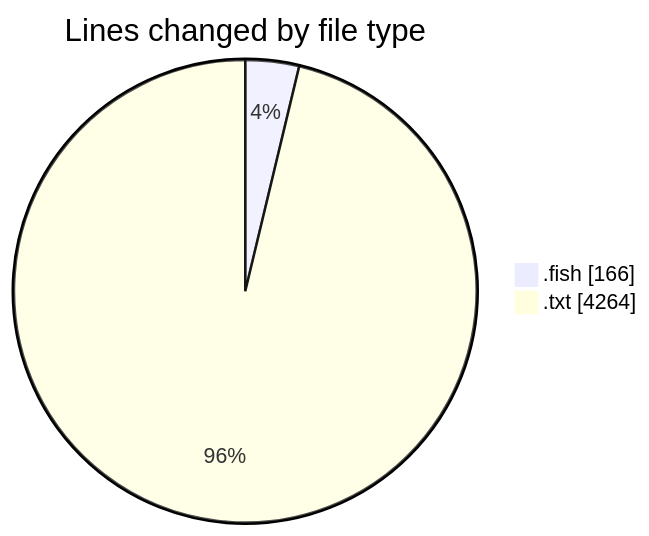
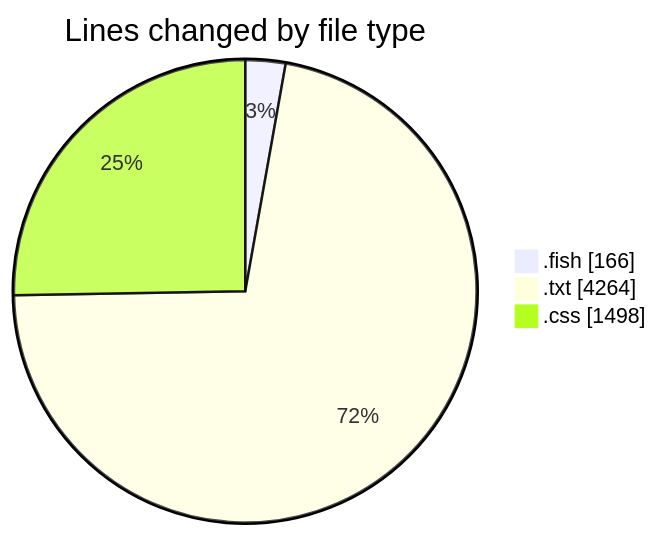
Before and after one commit to EIIisD/code-tracking: the first of 2 diagrams in 2025-07-21/fish/README.md, drawn with Mermaid. The commit also changed other lines of this file and 1 other file, not shown here.

````diff
--- a/2025-07-21/fish/README.md
+++ b/2025-07-21/fish/README.md
@@ -22,6 +23,7 @@
 ```mermaid
 pie showData
 title Lines changed by file type
 ".fish" : 166
 ".txt" : 4264
+".css" : 1498
 ```
````
